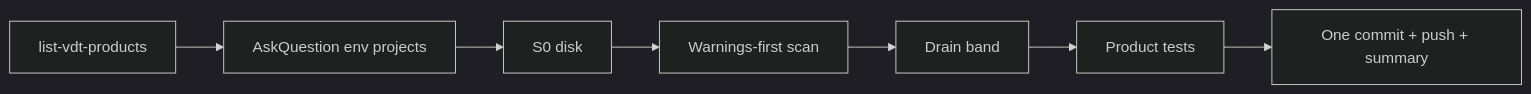
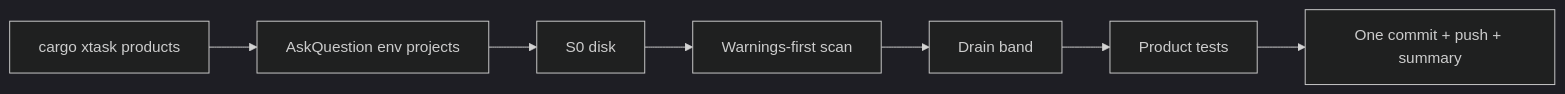
One commit to platinoff/GSV changed the diagram in .cursor/rules/virtual-development-team.mdc. Above: the diagram before and after it, drawn with Mermaid (dark theme). The commit also changed other lines of this file and 79 other files, not shown here.

First line of the commit message:
feat(xtask): rust-first kit scripts via cargo xtask

````diff
--- a/.cursor/rules/virtual-development-team.mdc
+++ b/.cursor/rules/virtual-development-team.mdc
@@ -10,9 +10,9 @@
 ```mermaid
 flowchart LR
-  ScanEnv[list-vdt-products] --> Ask[AskQuestion env projects]
+  ScanEnv[cargo xtask products] --> Ask[AskQuestion env projects]
   Ask --> Disk[S0 disk]
   Disk --> Scan[Warnings-first scan]
   Scan --> Drain[Drain band]
   Drain --> Test[Product tests]
   Test --> Push[One commit + push + summary]
 ```
````
